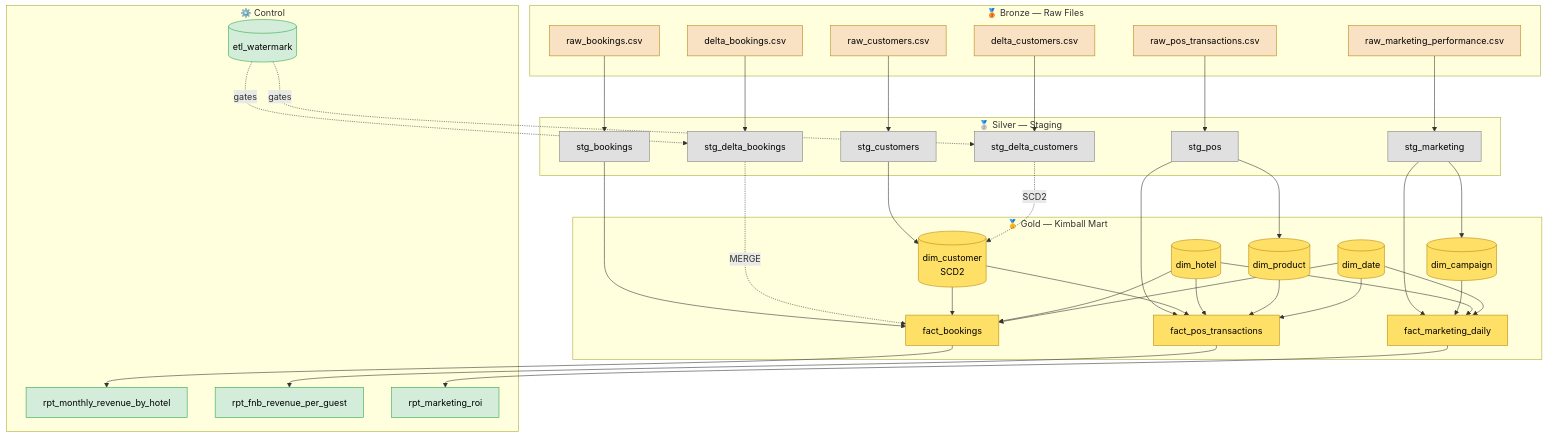
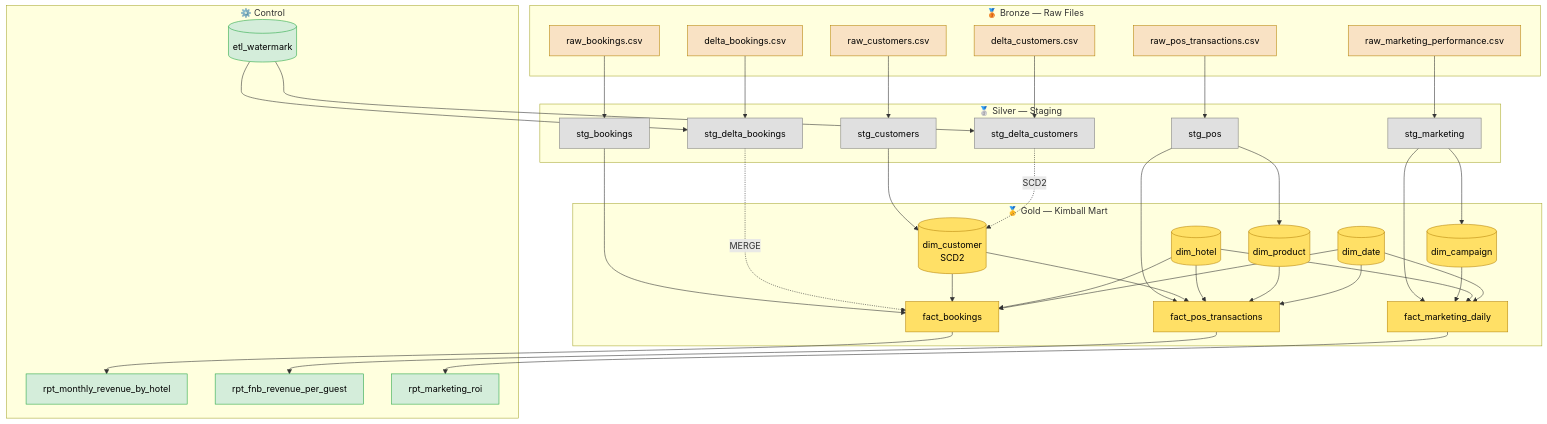
Before and after one commit to farizrha/heyrcg-assignment: the diagram in README.md, drawn with Mermaid. The commit also changed other lines of this file and 2 other files, not shown here.

````diff
--- a/README.md
+++ b/README.md
@@ -58,82 +55,82 @@
 ```mermaid
 flowchart TB
     subgraph Bronze["🥉 Bronze — Raw Files"]
         RB[raw_bookings.csv]
         RC[raw_customers.csv]
         RP[raw_pos_transactions.csv]
         RM[raw_marketing_performance.csv]
         DB[delta_bookings.csv]
         DC[delta_customers.csv]
     end
 
     subgraph Silver["🥈 Silver — Staging"]
         SB[stg_bookings]
         SC[stg_customers]
         SP[stg_pos]
         SM[stg_marketing]
         SDB[stg_delta_bookings]
         SDC[stg_delta_customers]
     end
 
     subgraph Gold["🥇 Gold — Kimball Mart"]
         DCUST[(dim_customer<br/>SCD2)]
         DHOT[(dim_hotel)]
         DDATE[(dim_date)]
         DPROD[(dim_product)]
         DCAMP[(dim_campaign)]
         FB[fact_bookings]
         FP[fact_pos_transactions]
         FM[fact_marketing_daily]
     end
 
     subgraph Control["⚙️ Control"]
         WM[(etl_watermark)]
         V1[rpt_monthly_revenue_by_hotel]
         V2[rpt_fnb_revenue_per_guest]
         V3[rpt_marketing_roi]
     end
 
     RB --> SB
     RC --> SC
     RP --> SP
     RM --> SM
     DB --> SDB
     DC --> SDC
 
     SB --> FB
     SC --> DCUST
     SP --> DPROD
     SP --> FP
     SM --> DCAMP
     SM --> FM
 
     SDB -.MERGE.-> FB
     SDC -.SCD2.-> DCUST
 
     DCUST --> FB
     DHOT --> FB
     DDATE --> FB
     DCUST --> FP
     DHOT --> FP
     DPROD --> FP
     DDATE --> FP
     DCAMP --> FM
     DHOT --> FM
     DDATE --> FM
 
-    WM -.gates.-> SDB
-    WM -.gates.-> SDC
+    WM --> SDB
+    WM --> SDC
 
     FB --> V1
     FP --> V2
     FM --> V3
 
     classDef bronze fill:#f9e2c4,stroke:#b8860b,color:#000
     classDef silver fill:#e0e0e0,stroke:#808080,color:#000
     classDef gold fill:#ffe066,stroke:#b8860b,color:#000
     classDef control fill:#d4edda,stroke:#28a745,color:#000
     class RB,RC,RP,RM,DB,DC bronze
     class SB,SC,SP,SM,SDB,SDC silver
     class DCUST,DHOT,DDATE,DPROD,DCAMP,FB,FP,FM gold
     class WM,V1,V2,V3 control
 ```
````
